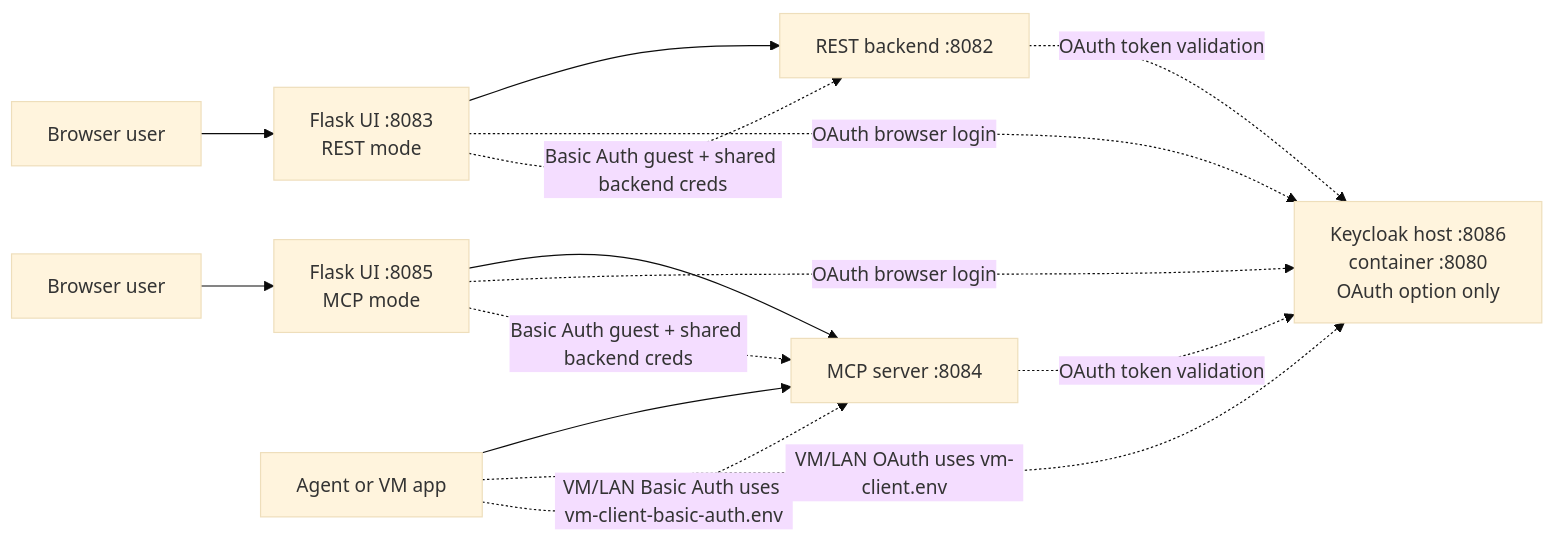
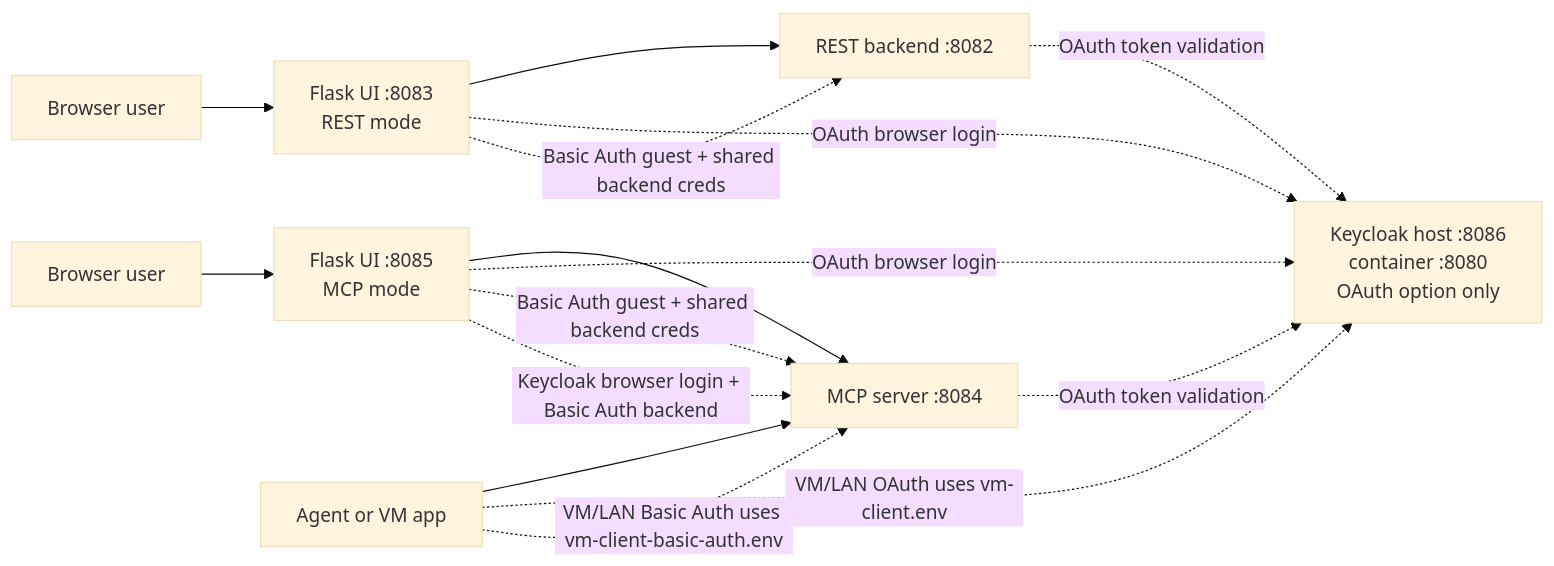
Before and after one commit to thomassuedbroecker/galaxium-travels-infrastructure-tsuedbro: the diagram in README.md, drawn with Mermaid (base theme). The commit also changed other lines of this file and 12 other files, not shown here.

First line of the commit message:
update the documentation and add the configuration: UI for Basic auth MCP or generate a new UI to reflect this new configuration.

````diff
--- a/README.md
+++ b/README.md
@@ -34,16 +36,17 @@
 ```mermaid
 flowchart LR
     Browser1["Browser user"] --> UIREST["Flask UI :8083<br/>REST mode"]
     Browser2["Browser user"] --> UIMCP["Flask UI :8085<br/>MCP mode"]
     Agent["Agent or VM app"] --> MCP["MCP server :8084"]
     UIREST --> REST["REST backend :8082"]
     UIMCP --> MCP
     UIREST -. "OAuth browser login" .-> KC["Keycloak host :8086<br/>container :8080<br/>OAuth option only"]
     UIMCP -. "OAuth browser login" .-> KC
     REST -. "OAuth token validation" .-> KC
     MCP -. "OAuth token validation" .-> KC
     UIREST -. "Basic Auth guest + shared backend creds" .-> REST
     UIMCP -. "Basic Auth guest + shared backend creds" .-> MCP
+    UIMCP -. "Keycloak browser login + Basic Auth backend" .-> MCP
     Agent -. "VM/LAN OAuth uses vm-client.env" .-> KC
     Agent -. "VM/LAN Basic Auth uses vm-client-basic-auth.env" .-> MCP
 ```
````
